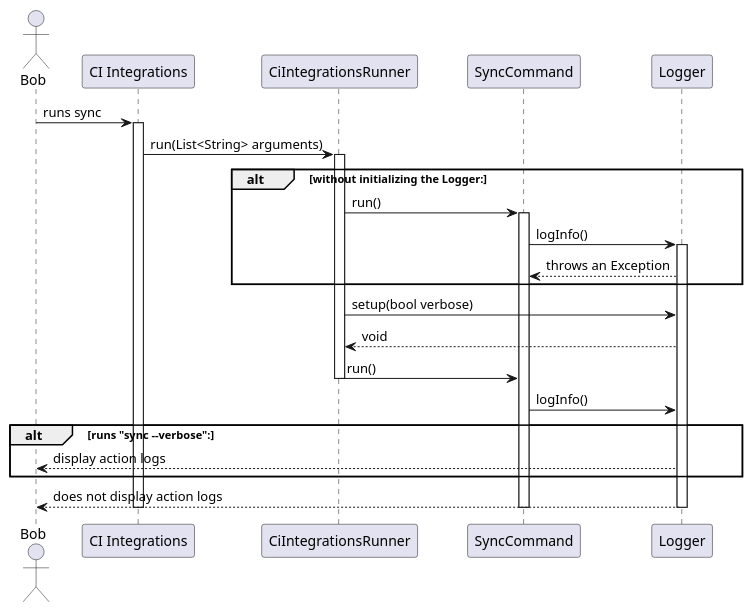
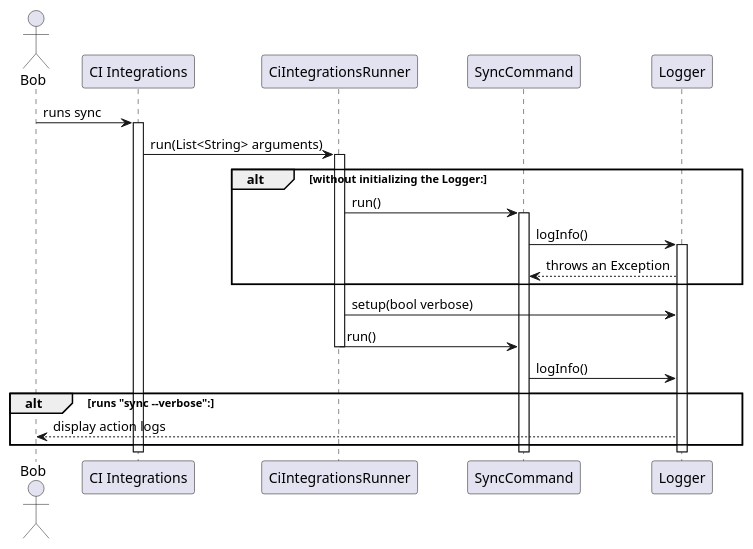
One commit to Flank/flank-dashboard changed the diagram in metrics/ci_integrations/docs/diagrams/ci_integrations_verbose_mode_diagram.puml. Above: the diagram before and after it, drawn with PlantUML. The commit also changed 1 other file, not shown here.

Commit message:
Minor documentation and diagram improvements

```diff
--- a/metrics/ci_integrations/docs/diagrams/ci_integrations_verbose_mode_diagram.puml
+++ b/metrics/ci_integrations/docs/diagrams/ci_integrations_verbose_mode_diagram.puml
@@ -1,48 +1,44 @@
 @startuml ci_integrations_verbose_mode_diagram
 
 skinparam ParticipantPadding 20
 skinparam BoxPadding 10
 
 actor Bob
 
 participant "CI Integrations"
 participant CiIntegrationsRunner
 participant SyncCommand
 participant Logger
 
 Bob -> "CI Integrations" : runs sync
 activate "CI Integrations"
 
 "CI Integrations" -> CiIntegrationsRunner: run(List<String> arguments)
 activate CiIntegrationsRunner
 
 alt without initializing the Logger:
     CiIntegrationsRunner -> SyncCommand: run()
     activate SyncCommand
 
     SyncCommand -> Logger: logInfo()
     activate Logger
 
     Logger --> SyncCommand: throws an Exception
 end
 
 CiIntegrationsRunner -> Logger: setup(bool verbose)
 
-Logger --> CiIntegrationsRunner: void
-
 CiIntegrationsRunner -> SyncCommand: run()
 deactivate CiIntegrationsRunner
 
 SyncCommand -> Logger: logInfo()
 
 alt runs "sync --verbose":
     Logger --> Bob: display action logs
 end
 
-Logger --> Bob: does not display action logs
-
 deactivate "CI Integrations"
 deactivate SyncCommand
 deactivate Logger
 
 @enduml
```
